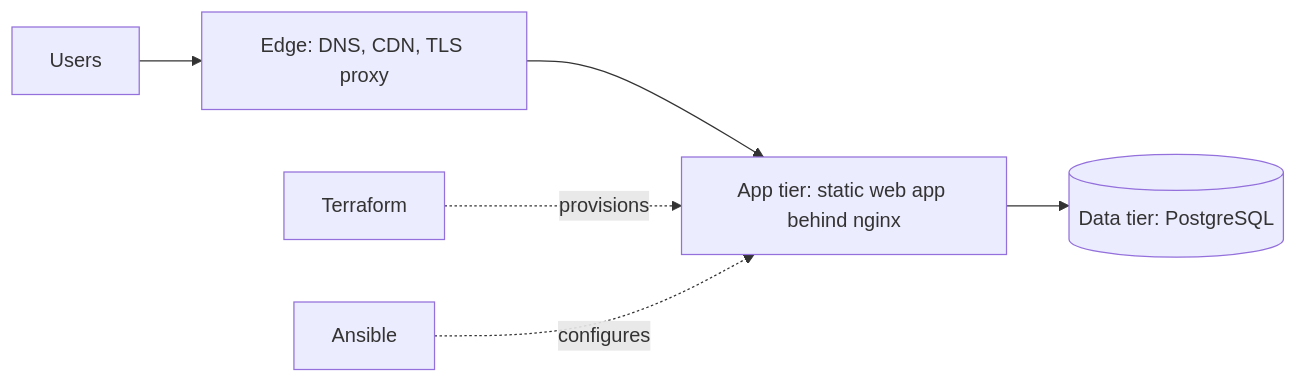
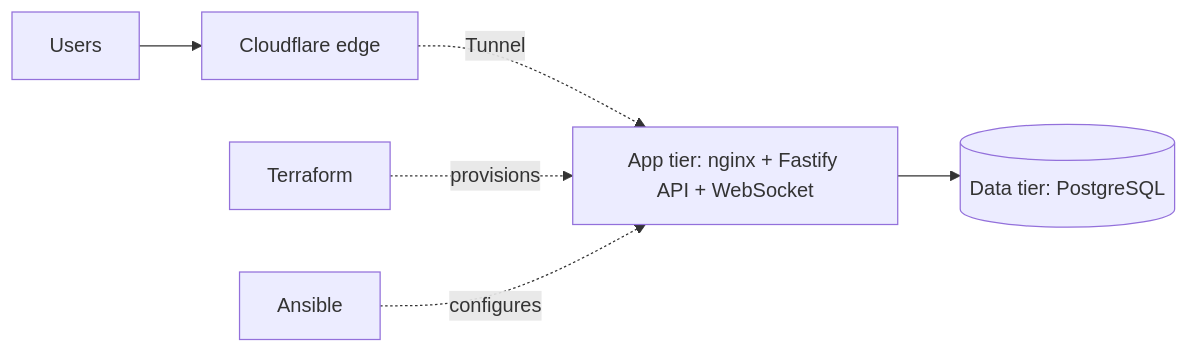
Before and after one commit to iamnelsonnnn1-oss/project-shell-space-main: the diagram in README.md, drawn with Mermaid. The commit also changed other lines of this file and 2 other files, not shown here.

Commit message:
docs: add architecture reference and decision record; reconcile README and research doc

````diff
--- a/README.md
+++ b/README.md
@@ -53,8 +53,8 @@
 ```mermaid
 flowchart LR
-    U[Users] --> E[Edge: DNS, CDN, TLS proxy]
-    E --> A[App tier: static web app behind nginx]
+    U[Users] --> E[Cloudflare edge]
+    E -. Tunnel .-> A[App tier: nginx + Fastify API + WebSocket]
     A --> D[(Data tier: PostgreSQL)]
     T[Terraform] -. provisions .-> A
     N[Ansible] -. configures .-> A
 ```
````
